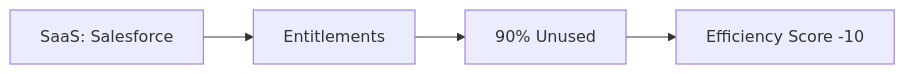
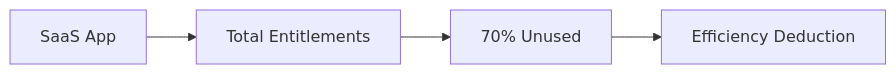
Before and after one commit to Devopstrio/identity-security-scorecard: diagram 19 of 30 in README.md, drawn with Mermaid. The commit also changed other lines of this file, not shown here.

Commit message:
docs: finalize premium institutional-grade README with 30+ diagrams and executive summary

````diff
--- a/README.md
+++ b/README.md
@@ -259,6 +257,6 @@
 ```mermaid
 graph LR
-    App[SaaS: Salesforce] --> Ent[Entitlements]
-    Ent --> Unused[90% Unused]
-    Unused --> Waste[Efficiency Score -10]
+    App[SaaS App] --> Rights[Total Entitlements]
+    Rights --> Unused[70% Unused]
+    Unused --> Waste[Efficiency Deduction]
 ```
````
